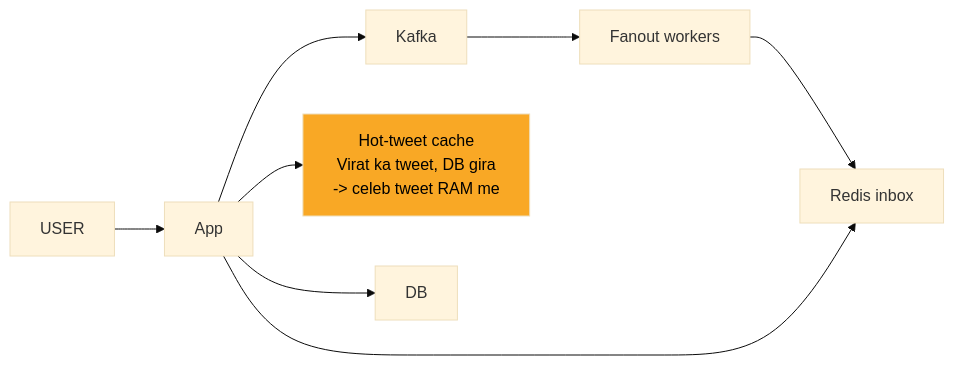
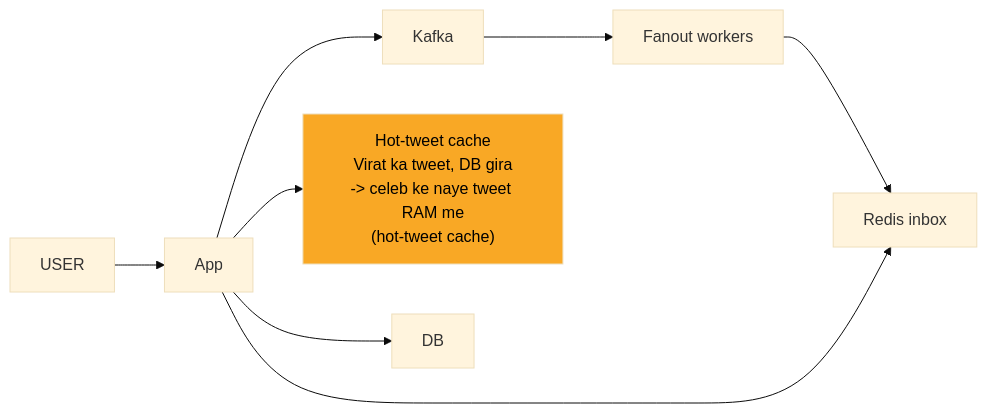
Before and after one commit to ArpanMaheshwari144/Prep: the fifth of 12 diagrams in 04_HLD/SYSTEM_DESIGNS/03_twitter_feed/03_twitter_feed.md, drawn with Mermaid (base theme). The commit also changed other lines of this file and 13 other files, not shown here.

````diff
--- a/04_HLD/SYSTEM_DESIGNS/03_twitter_feed/03_twitter_feed.md
+++ b/04_HLD/SYSTEM_DESIGNS/03_twitter_feed/03_twitter_feed.md
@@ -203,18 +203,18 @@
 ```mermaid
 flowchart LR
     n_USER["USER"]
     n_App["App"]
     n_Kafka["Kafka"]
     n_Fanout_workers["Fanout workers"]
     n_Redis_inbox["Redis inbox"]
-    n_Hot_tweet_cache["Hot-tweet cache<br/>Virat ka tweet, DB gira<br/>-> celeb tweet RAM me"]
+    n_Hot_tweet_cache["Hot-tweet cache<br/>Virat ka tweet, DB gira<br/>-> celeb ke naye tweet RAM me<br/>(hot-tweet cache)"]
     n_DB["DB"]
     n_USER --> n_App
     n_App --> n_Kafka
     n_App --> n_Hot_tweet_cache
     n_App --> n_DB
     n_Kafka --> n_Fanout_workers
     n_Fanout_workers --> n_Redis_inbox
     n_App --> n_Redis_inbox
     style n_Hot_tweet_cache fill:#f9a825,color:#000
 ```
````
